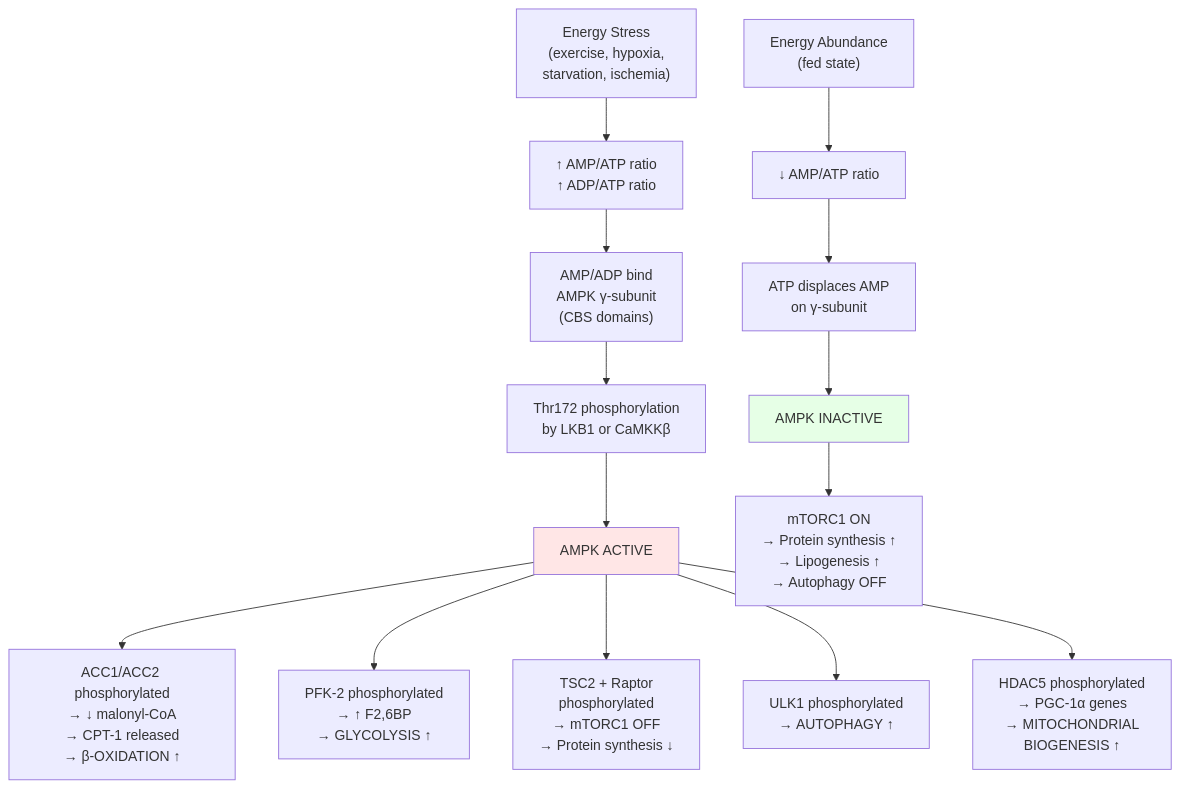
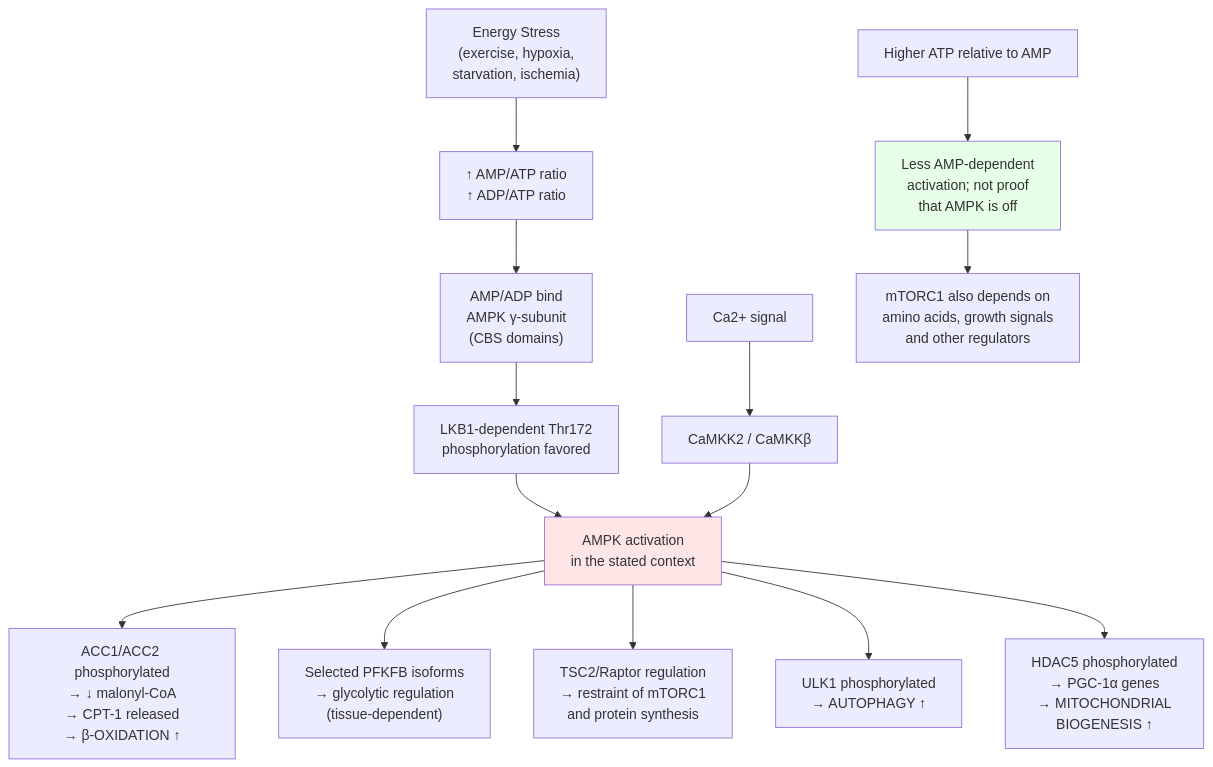
Before and after one commit to docxology/biology_textbook: the fourth of 5 diagrams in docs/manuscript/unit_III/metabolic_integration.md, drawn with Mermaid. The commit also changed other lines of this file and 444 other files, not shown here.

````diff
--- a/docs/manuscript/unit_III/metabolic_integration.md
+++ b/docs/manuscript/unit_III/metabolic_integration.md
@@ -481,21 +479,21 @@
 ```mermaid
 graph TD
     A["Energy Stress<br/>(exercise, hypoxia,<br/>starvation, ischemia)"] --> B["↑ AMP/ATP ratio<br/>↑ ADP/ATP ratio"]
     B --> C["AMP/ADP bind<br/>AMPK γ-subunit<br/>(CBS domains)"]
-    C --> D["Thr172 phosphorylation<br/>by LKB1 or CaMKKβ"]
-    D --> E["AMPK ACTIVE"]
+    C --> D["LKB1-dependent Thr172<br/>phosphorylation favored"]
+    D --> E["AMPK activation<br/>in the stated context"]
 
     E --> F["ACC1/ACC2 phosphorylated<br/>→ ↓ malonyl-CoA<br/>→ CPT-1 released<br/>→ β-OXIDATION ↑"]
-    E --> G["PFK-2 phosphorylated<br/>→ ↑ F2,6BP<br/>→ GLYCOLYSIS ↑"]
-    E --> H["TSC2 + Raptor<br/>phosphorylated<br/>→ mTORC1 OFF<br/>→ Protein synthesis ↓"]
+    E --> G["Selected PFKFB isoforms<br/>→ glycolytic regulation<br/>(tissue-dependent)"]
+    E --> H["TSC2/Raptor regulation<br/>→ restraint of mTORC1<br/>and protein synthesis"]
     E --> I["ULK1 phosphorylated<br/>→ AUTOPHAGY ↑"]
     E --> J["HDAC5 phosphorylated<br/>→ PGC-1α genes<br/>→ MITOCHONDRIAL<br/>BIOGENESIS ↑"]
 
-    K["Energy Abundance<br/>(fed state)"] --> L["↓ AMP/ATP ratio"]
-    L --> M["ATP displaces AMP<br/>on γ-subunit"]
-    M --> N["AMPK INACTIVE"]
-    N --> O["mTORC1 ON<br/>→ Protein synthesis ↑<br/>→ Lipogenesis ↑<br/>→ Autophagy OFF"]
+    K["Ca2+ signal"] --> L["CaMKK2 / CaMKKβ"]
+    L --> E
+    M["Higher ATP relative to AMP"] --> N["Less AMP-dependent<br/>activation; not proof<br/>that AMPK is off"]
+    N --> O["mTORC1 also depends on<br/>amino acids, growth signals<br/>and other regulators"]
 
     style E fill:#ffe6e6
     style N fill:#e6ffe6
 ```
````
